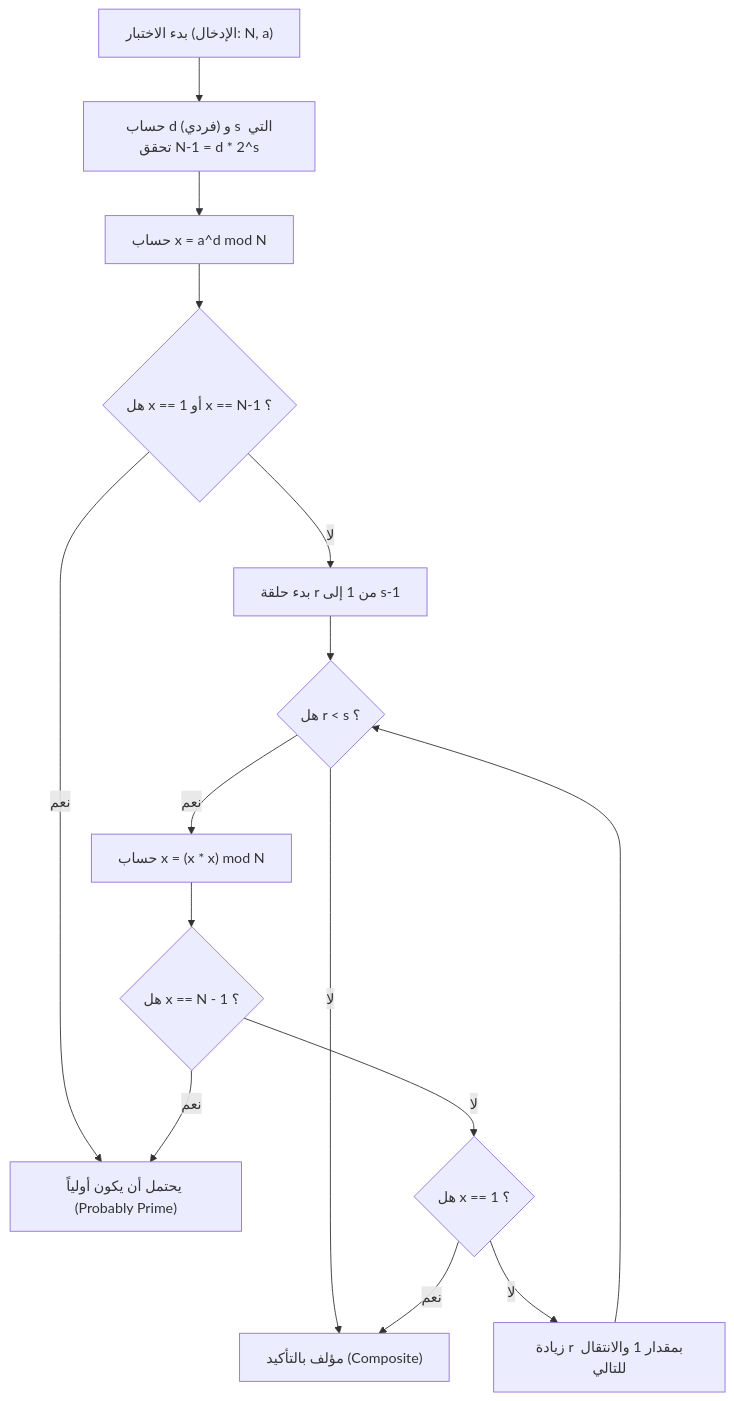
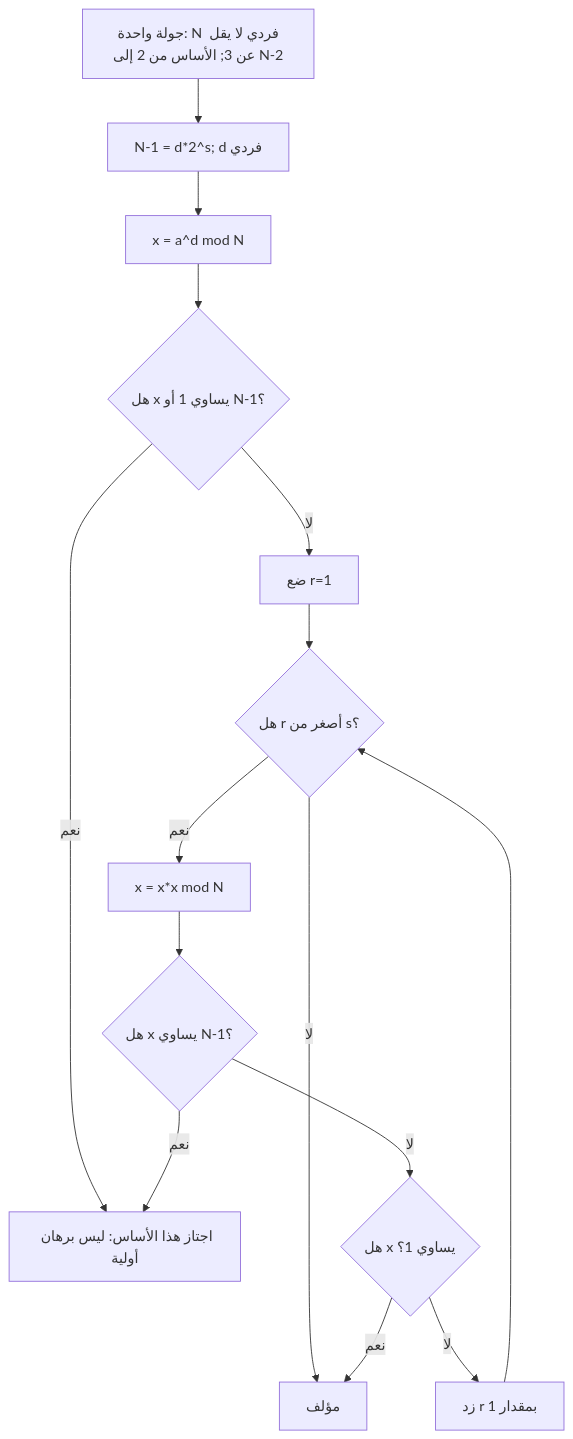
Before and after one commit to kenjinote/blog: the first of 2 diagrams in content/post/cppで実装する高速な素数判定アルゴリズム/index.ar.md, drawn with Mermaid. The commit also changed other lines of this file and 5 other files, not shown here.

````diff
--- a/content/post/cppで実装する高速な素数判定アルゴリズム/index.ar.md
+++ b/content/post/cppで実装する高速な素数判定アルゴリズム/index.ar.md
@@ -123,20 +116,17 @@
 ```mermaid
 graph TD
-    Start["بدء الاختبار (الإدخال: N, a)"] --> CalcDS["حساب d (فردي) و s التي تحقق N-1 = d * 2^s"]
-    CalcDS --> CalcX["حساب x = a^d mod N"]
-    CalcX --> CheckX1{"هل x == 1 أو x == N-1 ؟"}
-    CheckX1 -- نعم --> ReturnTrue["يحتمل أن يكون أولياً (Probably Prime)"]
-    CheckX1 -- لا --> LoopStart["بدء حلقة r من 1 إلى s-1"]
-    
-    LoopStart --> LoopCondition{"هل r < s ؟"}
-    LoopCondition -- لا --> ReturnFalse["مؤلف بالتأكيد (Composite)"]
-    LoopCondition -- نعم --> SquareX["حساب x = (x * x) mod N"]
-    
-    SquareX --> CheckXMinus1{"هل x == N - 1 ؟"}
-    CheckXMinus1 -- نعم --> ReturnTrue
-    CheckXMinus1 -- لا --> CheckXOne{"هل x == 1 ؟"}
-    
-    CheckXOne -- نعم --> ReturnFalse
-    CheckXOne -- لا --> LoopNext["زيادة r بمقدار 1 والانتقال للتالي"]
-    LoopNext --> LoopCondition
+    Start["جولة واحدة: N فردي لا يقل عن 3; الأساس من 2 إلى N-2"] --> DS["N-1 = d*2^s; d فردي"]
+    DS --> Power["x = a^d mod N"]
+    Power --> First{"هل x يساوي 1 أو N-1؟"}
+    First -- نعم --> Pass["اجتاز هذا الأساس: ليس برهان أولية"]
+    First -- لا --> Init["ضع r=1"]
+    Init --> More{"هل r أصغر من s؟"}
+    More -- لا --> Fail["مؤلف"]
+    More -- نعم --> Square["x = x*x mod N"]
+    Square --> Minus{"هل x يساوي N-1؟"}
+    Minus -- نعم --> Pass
+    Minus -- لا --> One{"هل x يساوي 1؟"}
+    One -- نعم --> Fail
+    One -- لا --> Next["زد r بمقدار 1"]
+    Next --> More
 ```
````
